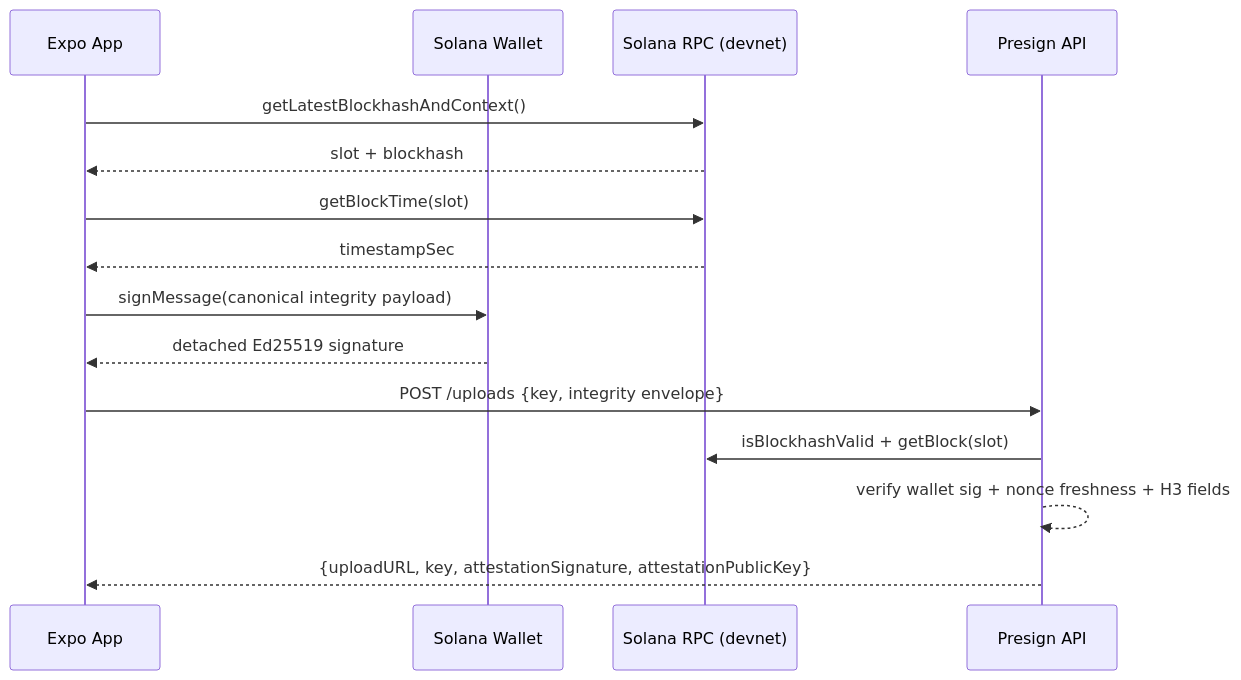
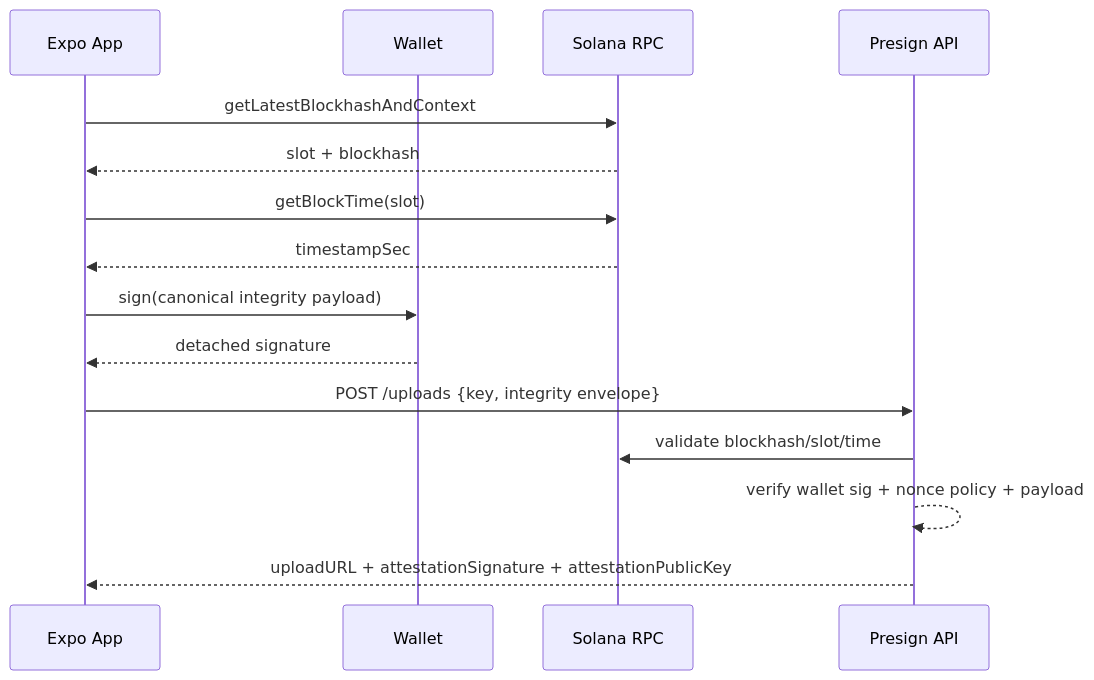
Before and after one commit to endcorp-hq/photo-verifier: the second of 3 diagrams in docs/ARCHITECTURE.md, drawn with Mermaid. The commit also changed other lines of this file and 12 other files, not shown here.

````diff
--- a/docs/ARCHITECTURE.md
+++ b/docs/ARCHITECTURE.md
@@ -34,18 +96,18 @@
 ```mermaid
 sequenceDiagram
-    participant App as Expo App
-    participant Wallet as Solana Wallet
-    participant RPC as Solana RPC (devnet)
-    participant API as Presign API
+  participant App as Expo App
+  participant Wallet as Wallet
+  participant RPC as Solana RPC
+  participant API as Presign API
 
-    App->>RPC: getLatestBlockhashAndContext()
-    RPC-->>App: slot + blockhash
-    App->>RPC: getBlockTime(slot)
-    RPC-->>App: timestampSec
-    App->>Wallet: signMessage(canonical integrity payload)
-    Wallet-->>App: detached Ed25519 signature
-    App->>API: POST /uploads {key, integrity envelope}
-    API->>RPC: isBlockhashValid + getBlock(slot)
-    API-->>API: verify wallet sig + nonce freshness + H3 fields
-    API-->>App: {uploadURL, key, attestationSignature, attestationPublicKey}
+  App->>RPC: getLatestBlockhashAndContext
+  RPC-->>App: slot + blockhash
+  App->>RPC: getBlockTime(slot)
+  RPC-->>App: timestampSec
+  App->>Wallet: sign(canonical integrity payload)
+  Wallet-->>App: detached signature
+  App->>API: POST /uploads {key, integrity envelope}
+  API->>RPC: validate blockhash/slot/time
+  API-->>API: verify wallet sig + nonce policy + payload
+  API-->>App: uploadURL + attestationSignature + attestationPublicKey
 ```
````
